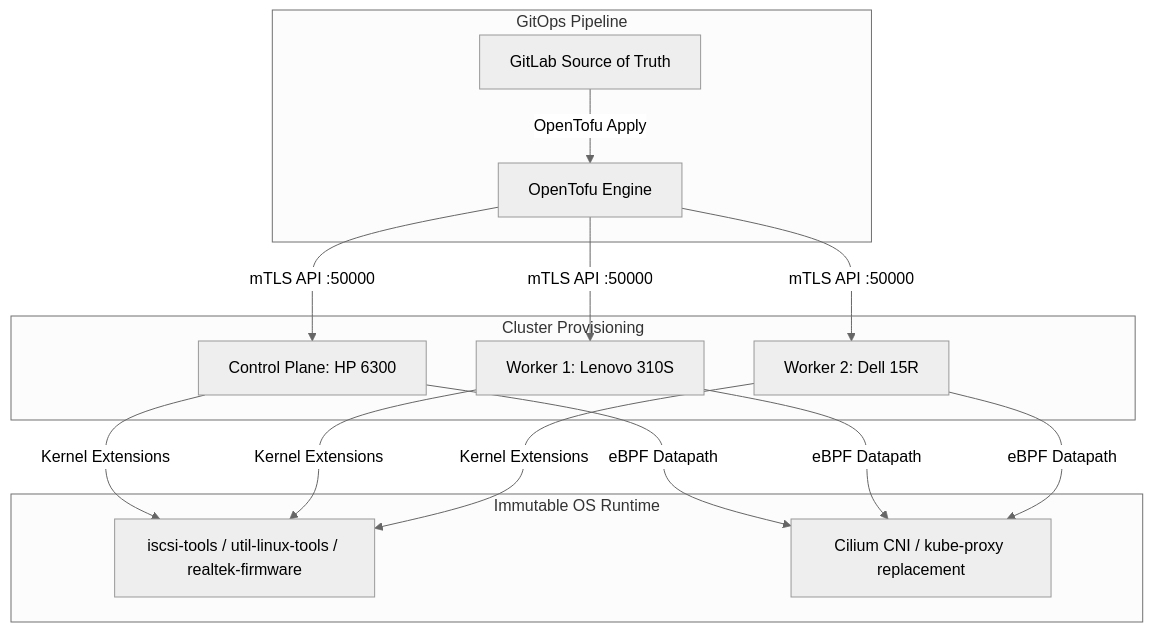
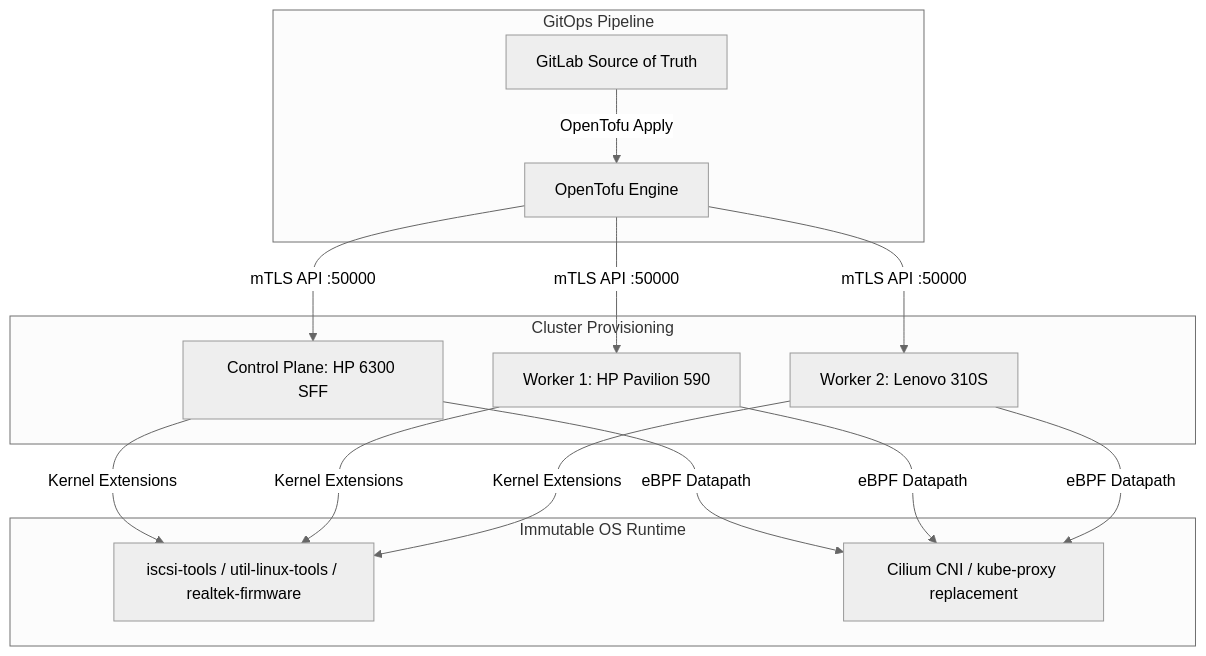
The diagram in docs/architecture/02-talos-os.md (nkester/Homelab), drawn with Mermaid (neutral theme) before and after one commit. The commit also changed other lines of this file and 12 other files, not shown here.

Commit message:
docs: (refactor) complete feature 3.4-R Phase 1 hardware consolidation and update architecture blueprints.

````diff
--- a/docs/architecture/02-talos-os.md
+++ b/docs/architecture/02-talos-os.md
@@ -11,17 +11,17 @@
 ```mermaid
 graph TD
     subgraph GitOps Pipeline
         GitLab[GitLab Source of Truth] -->|OpenTofu Apply| Tofu[OpenTofu Engine]
     end
 
     subgraph Cluster Provisioning
-        Tofu -->|mTLS API :50000| CP[Control Plane: HP 6300]
-        Tofu -->|mTLS API :50000| W1[Worker 1: Lenovo 310S]
-        Tofu -->|mTLS API :50000| W2[Worker 2: Dell 15R]
+        Tofu -->|mTLS API :50000| CP[Control Plane: HP 6300 SFF]
+        Tofu -->|mTLS API :50000| W1[Worker 1: HP Pavilion 590]
+        Tofu -->|mTLS API :50000| W2[Worker 2: Lenovo 310S]
     end
 
     subgraph Immutable OS Runtime
         CP & W1 & W2 -->|Kernel Extensions| Ext[iscsi-tools / util-linux-tools / realtek-firmware]
 		CP & W1 & W2 -->|eBPF Datapath| Cilium[Cilium CNI / kube-proxy replacement]
     end
 ```
````
